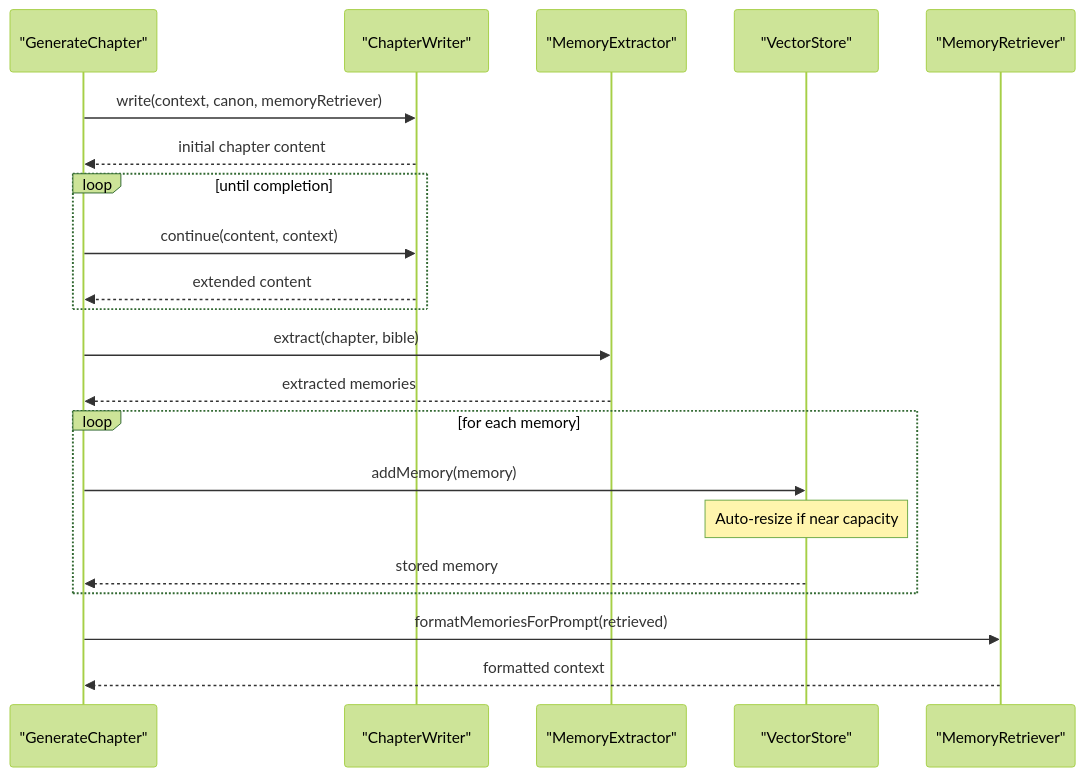
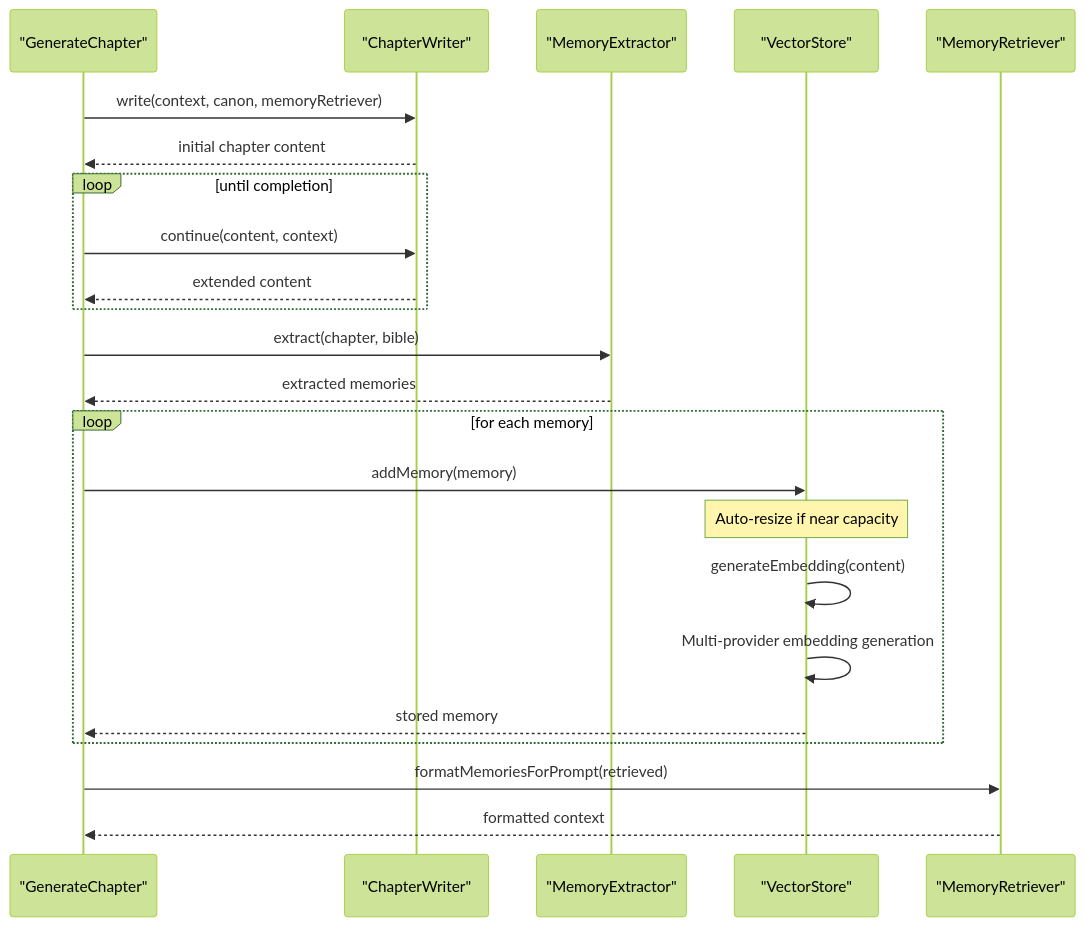
The ninth of 10 diagrams in .qoder/repowiki/en/content/Memory Management System/Vector Memory System.md (liwonder/NARRITIVE_OS), drawn with Mermaid (forest theme) before and after one commit. The commit also changed other lines of this file and 12 other files, not shown here.

````diff
--- a/.qoder/repowiki/en/content/Memory Management System/Vector Memory System.md
+++ b/.qoder/repowiki/en/content/Memory Management System/Vector Memory System.md
@@ -364,23 +394,25 @@
 ```mermaid
 sequenceDiagram
 participant Pipeline as "GenerateChapter"
 participant Writer as "ChapterWriter"
 participant ME as "MemoryExtractor"
 participant VS as "VectorStore"
 participant MR as "MemoryRetriever"
 Pipeline->>Writer : write(context, canon, memoryRetriever)
 Writer-->>Pipeline : initial chapter content
 loop until completion
 Pipeline->>Writer : continue(content, context)
 Writer-->>Pipeline : extended content
 end
 Pipeline->>ME : extract(chapter, bible)
 ME-->>Pipeline : extracted memories
 loop for each memory
 Pipeline->>VS : addMemory(memory)
 Note over VS : Auto-resize if near capacity
+VS->>VS : generateEmbedding(content)
+VS->>VS : Multi-provider embedding generation
 VS-->>Pipeline : stored memory
 end
 Pipeline->>MR : formatMemoriesForPrompt(retrieved)
 MR-->>Pipeline : formatted context
 ```
````
